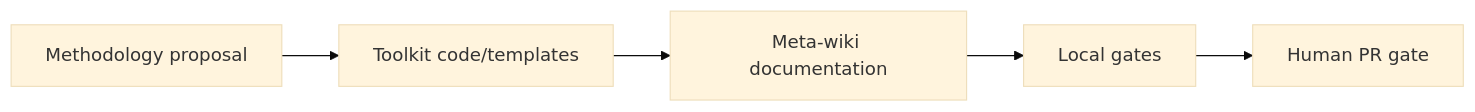
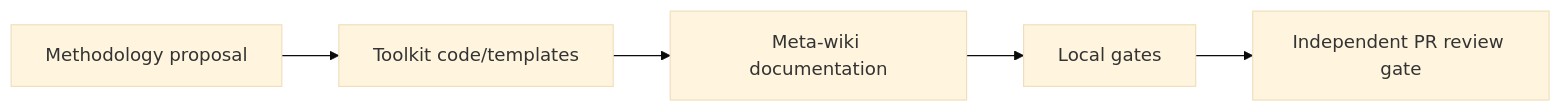
The diagram in memories/system/processes/wiki-methodology-maintenance.md (kimlage/wiki-viva-kit), drawn with Mermaid (base theme) before and after one commit. The commit also changed other lines of this file and 34 other files, not shown here.

Commit message:
docs: require independent PR review with existing gates

````diff
--- a/memories/system/processes/wiki-methodology-maintenance.md
+++ b/memories/system/processes/wiki-methodology-maintenance.md
@@ -44,9 +44,9 @@
 ```mermaid
 flowchart LR
     proposal["Methodology proposal"]
     code["Toolkit code/templates"]
     docs["Meta-wiki documentation"]
     gates["Local gates"]
-    pr["Human PR gate"]
+    pr["Independent PR review gate"]
     proposal --> code --> docs --> gates --> pr
 ```
````
